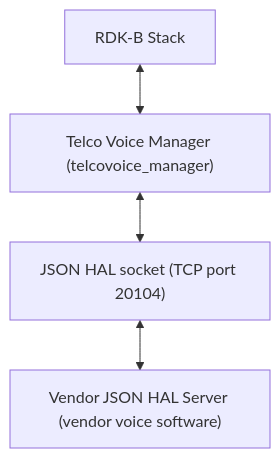
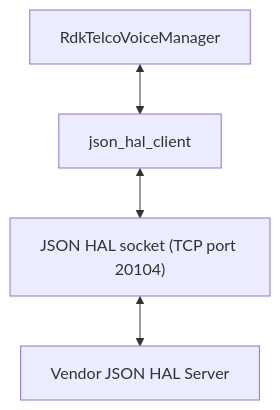
Before and after one commit to Blitzy-Sky/telco-voice-manager: the first of 3 diagrams in docs/pages/halSpec.md, drawn with Mermaid. The commit also changed other lines of this file and 2 other files, not shown here.

````diff
--- a/docs/pages/halSpec.md
+++ b/docs/pages/halSpec.md
@@ -65,7 +36,7 @@
 ```mermaid
 flowchart TD;
-    RDKBStack[RDK-B Stack] <-->
-    TelcoVoiceManager["Telco Voice Manager (telcovoice_manager)"] <-->
-    JSONHALSocket["JSON HAL socket (TCP port 20104)"] <-->
-    VendorServer["Vendor JSON HAL Server (vendor voice software)"]
+    Mgr[RdkTelcoVoiceManager] <-->
+    Cli[json_hal_client] <-->
+    Socket["JSON HAL socket (TCP port 20104)"] <-->
+    Srv[Vendor JSON HAL Server]
 ```
````
